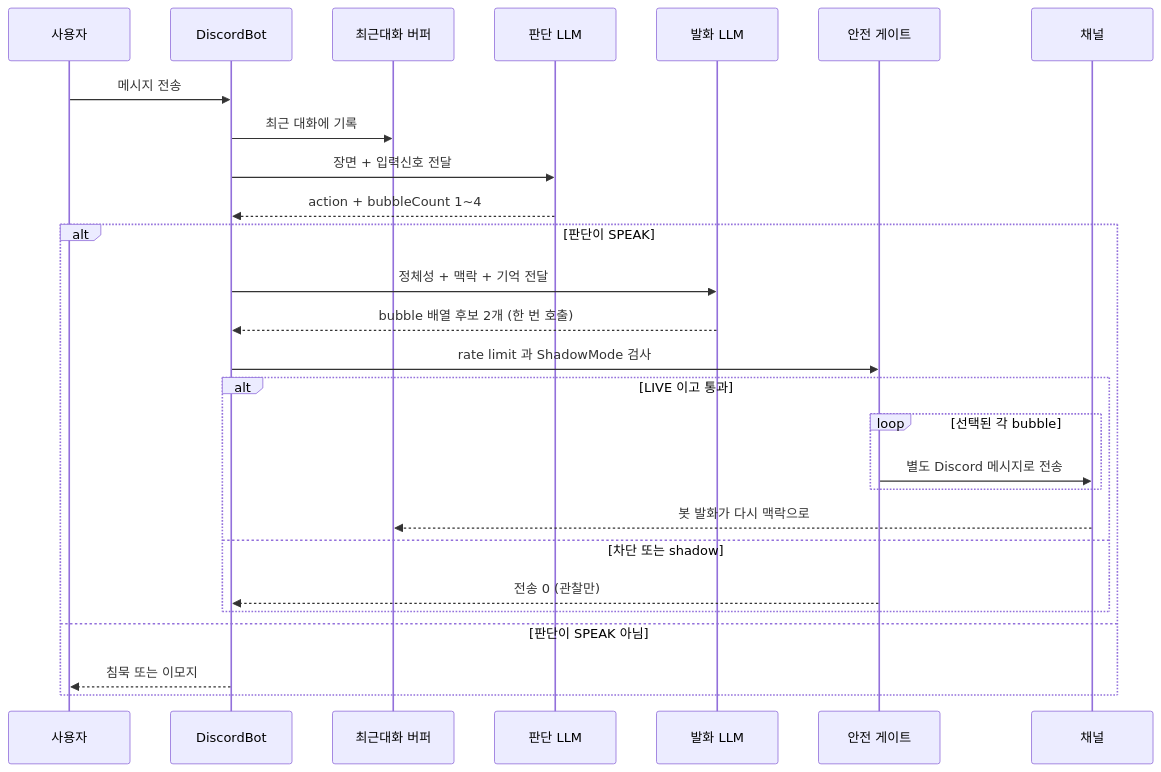
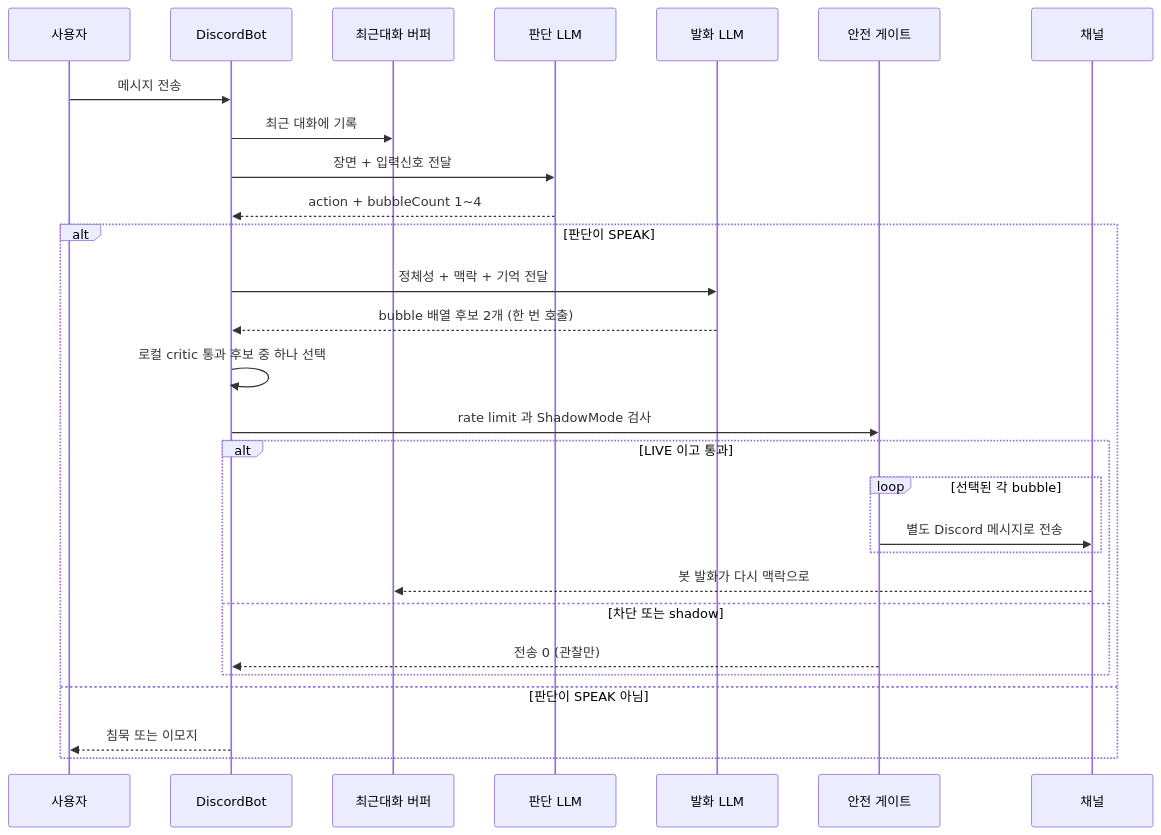
Before and after one commit to Hyeonjun0527/discord-ai-network-bot: the fourth of 5 diagrams in docs/nexa/NIA_PIPELINE.md, drawn with Mermaid. The commit also changed other lines of this file and 59 other files, not shown here.

````diff
--- a/docs/nexa/NIA_PIPELINE.md
+++ b/docs/nexa/NIA_PIPELINE.md
@@ -104,30 +107,31 @@
 ```mermaid
 sequenceDiagram
     participant User as 사용자
     participant Bot as DiscordBot
     participant Buf as 최근대화 버퍼
     participant Judge as 판단 LLM
     participant Speech as 발화 LLM
     participant Gate as 안전 게이트
     participant Ch as 채널
 
     User->>Bot: 메시지 전송
     Bot->>Buf: 최근 대화에 기록
     Bot->>Judge: 장면 + 입력신호 전달
     Judge-->>Bot: action + bubbleCount 1~4
     alt 판단이 SPEAK
         Bot->>Speech: 정체성 + 맥락 + 기억 전달
         Speech-->>Bot: bubble 배열 후보 2개 (한 번 호출)
+        Bot->>Bot: 로컬 critic 통과 후보 중 하나 선택
         Bot->>Gate: rate limit 과 ShadowMode 검사
         alt LIVE 이고 통과
             loop 선택된 각 bubble
                 Gate->>Ch: 별도 Discord 메시지로 전송
             end
             Ch-->>Buf: 봇 발화가 다시 맥락으로
         else 차단 또는 shadow
             Gate-->>Bot: 전송 0 (관찰만)
         end
     else 판단이 SPEAK 아님
         Bot-->>User: 침묵 또는 이모지
     end
 ```
````
